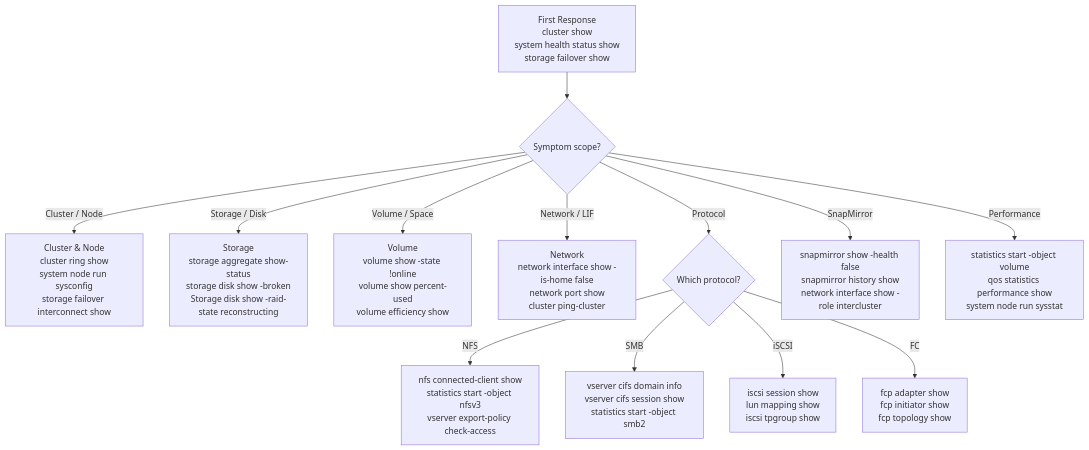
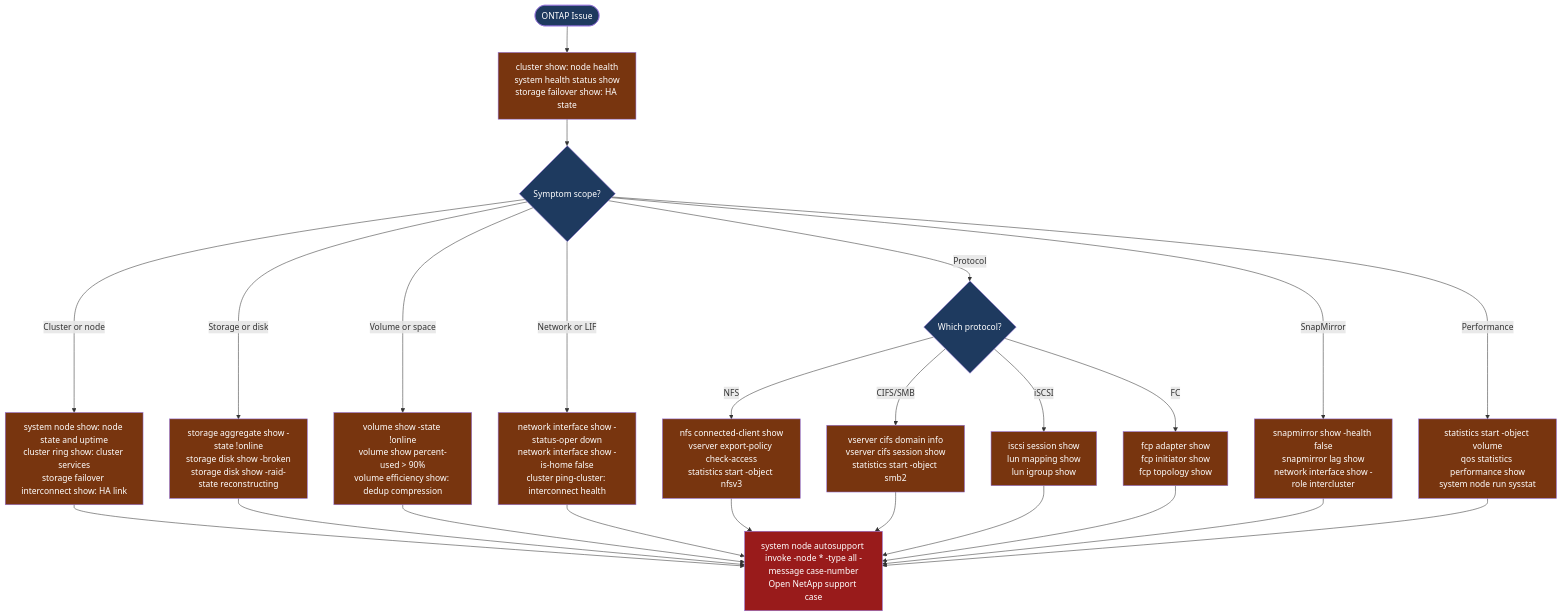
One commit to canast01/chris-kb changed the diagram in docs/storage/netapp/ontap/troubleshooting/diagnostics.md. Above: the diagram before and after it, drawn with Mermaid. The commit also changed other lines of this file and 1 other file, not shown here.

First line of the commit message:
Batch 16: gold-standard diagnostics for FlashArray and ONTAP

````diff
--- a/docs/storage/netapp/ontap/troubleshooting/diagnostics.md
+++ b/docs/storage/netapp/ontap/troubleshooting/diagnostics.md
@@ -82,15 +65,33 @@
 ```mermaid
-flowchart TD
-    first["First Response\ncluster show\nsystem health status show\nstorage failover show"] --> scope{"Symptom scope?"}
-    scope -->|"Cluster / Node"| clusterDiag["Cluster & Node\ncluster ring show\nsystem node run sysconfig\nstorage failover interconnect show"]
-    scope -->|"Storage / Disk"| storDiag["Storage\nstorage aggregate show-status\nstorage disk show -broken\nStorage disk show -raid-state reconstructing"]
-    scope -->|"Volume / Space"| volDiag["Volume\nvolume show -state !online\nvolume show percent-used\nvolume efficiency show"]
-    scope -->|"Network / LIF"| netDiag["Network\nnetwork interface show -is-home false\nnetwork port show\ncluster ping-cluster"]
-    scope -->|"Protocol"| protoDiag{"Which protocol?"}
-    protoDiag -->|NFS| nfsDiag["nfs connected-client show\nstatistics start -object nfsv3\nvserver export-policy check-access"]
-    protoDiag -->|SMB| smbDiag["vserver cifs domain info\nvserver cifs session show\nstatistics start -object smb2"]
-    protoDiag -->|iSCSI| iscsiDiag["iscsi session show\nlun mapping show\niscsi tpgroup show"]
-    protoDiag -->|FC| fcDiag["fcp adapter show\nfcp initiator show\nfcp topology show"]
-    scope -->|"SnapMirror"| smDiag["snapmirror show -health false\nsnapmirror history show\nnetwork interface show -role intercluster"]
-    scope -->|"Performance"| perfDiag["statistics start -object volume\nqos statistics performance show\nsystem node run sysstat"]
+graph TD
+    A([ONTAP Issue]) --> B[cluster show: node health\nsystem health status show\nstorage failover show: HA state]
+    B --> C{Symptom scope?}
+    C -->|Cluster or node| D[system node show: node state and uptime\ncluster ring show: cluster services\nstorage failover interconnect show: HA link]
+    C -->|Storage or disk| E[storage aggregate show -state !online\nstorage disk show -broken\nstorage disk show -raid-state reconstructing]
+    C -->|Volume or space| F[volume show -state !online\nvolume show percent-used > 90%\nvolume efficiency show: dedup compression]
+    C -->|Network or LIF| G[network interface show -status-oper down\nnetwork interface show -is-home false\ncluster ping-cluster: interconnect health]
+    C -->|Protocol| H{Which protocol?}
+    H -->|NFS| I[nfs connected-client show\nvserver export-policy check-access\nstatistics start -object nfsv3]
+    H -->|CIFS/SMB| J[vserver cifs domain info\nvserver cifs session show\nstatistics start -object smb2]
+    H -->|iSCSI| K[iscsi session show\nlun mapping show\nlun igroup show]
+    H -->|FC| L[fcp adapter show\nfcp initiator show\nfcp topology show]
+    C -->|SnapMirror| M[snapmirror show -health false\nsnapmirror lag show\nnetwork interface show -role intercluster]
+    C -->|Performance| N[statistics start -object volume\nqos statistics performance show\nsystem node run sysstat]
+    D --> O[system node autosupport invoke -node * -type all -message case-number\nOpen NetApp support case]
+    E --> O
+    F --> O
+    G --> O
+    I --> O
+    J --> O
+    K --> O
+    L --> O
+    M --> O
+    N --> O
+
+    classDef dark fill:#1e3a5f,color:#fff
+    classDef action fill:#78350f,color:#fff
+    classDef escalate fill:#991b1b,color:#fff
+    class A,C,H dark
+    class B,D,E,F,G,I,J,K,L,M,N action
+    class O escalate
 ```
````
